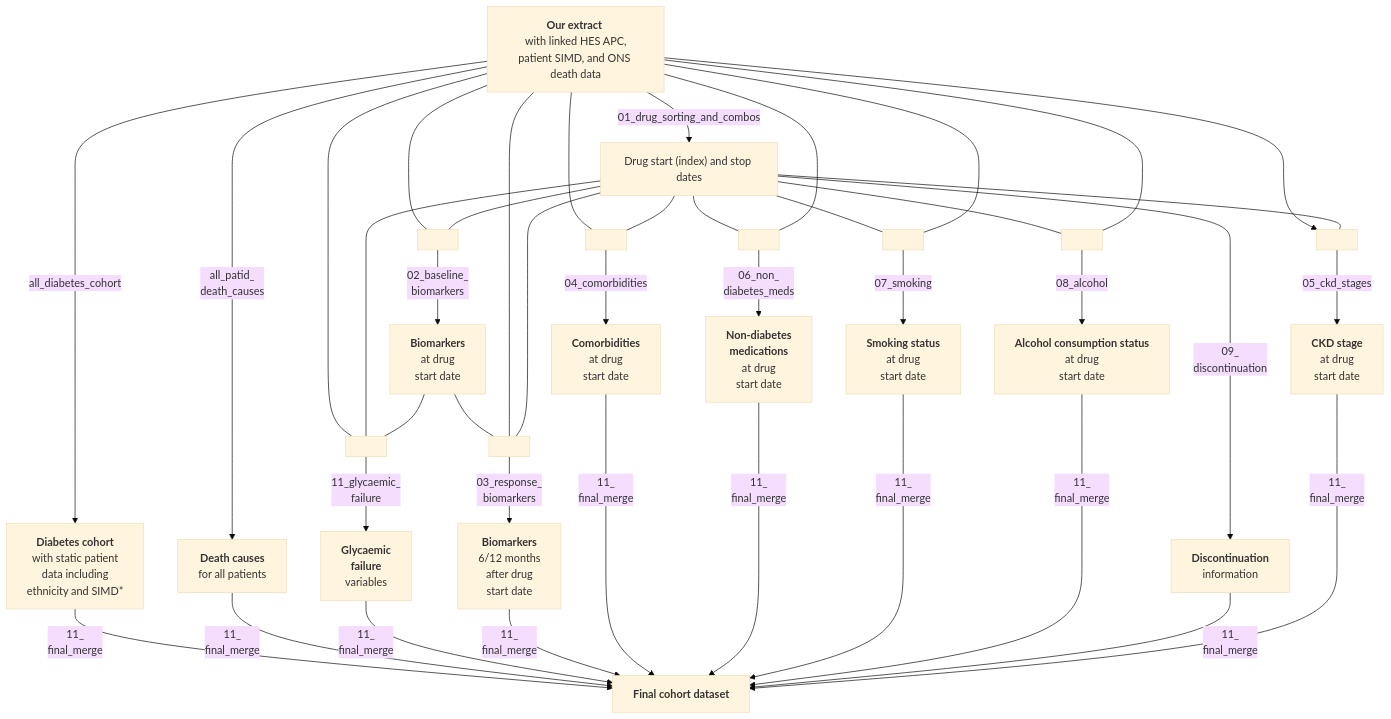
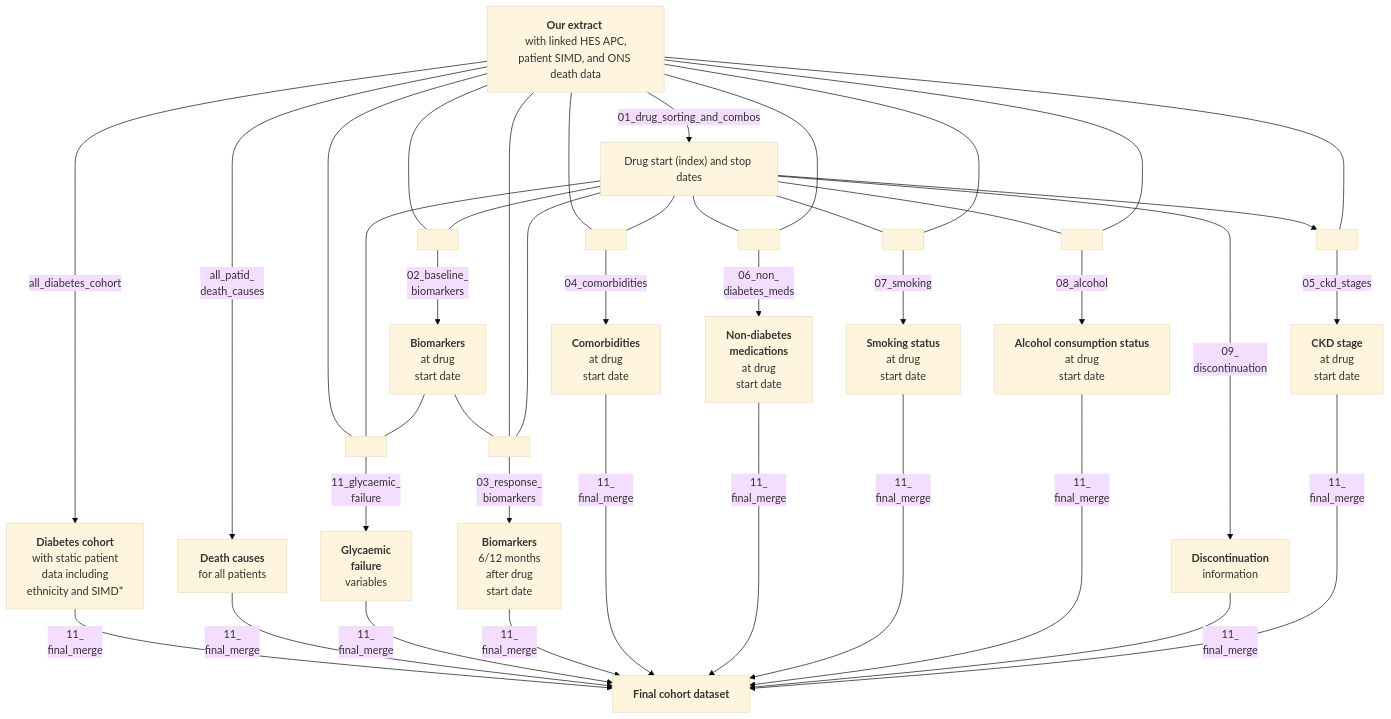
One commit to Exeter-Diabetes/SDRN-Cohort-Scripts changed the diagram in 03-Treatment-response-(MASTERMIND)/README.md. Above: the diagram before and after it, drawn with Mermaid (base theme). The commit also changed 29 other files, not shown here.

````diff
--- a/03-Treatment-response-(MASTERMIND)/README.md
+++ b/03-Treatment-response-(MASTERMIND)/README.md
@@ -21,53 +21,53 @@
 ```mermaid
 graph TD;
     A["<b>Our extract</b> <br> with linked HES APC, patient SIMD, and ONS death data"] --> |"all_diabetes_cohort"|B["<b>Diabetes cohort<br></b> with static patient <br>data including <br>ethnicity and SIMD*"]
     A-->|"all_patid_<br>death_causes"|O["<b>Death causes</b><br>for all patients"]
     A-->|"01_drug_sorting_and_combos"|H["Drug start (index) and stop dates"]
 
     A---P[ ]:::empty
     H---P
     E---P
     P-->|"11_glycaemic_<br>failure"|Q["<b>Glycaemic<br>failure</b><br>variables"]
 
     A---Y[ ]:::empty
     H---Y
     Y-->|"02_baseline_<br>biomarkers"|E["<b>Biomarkers</b> <br> at drug <br> start date"]
 
     E---T[ ]:::empty
     A---T
     H---T
     T-->|"03_response_<br>biomarkers"|L["<b>Biomarkers</b> <br> 6/12 months <br> after drug <br>start date"]
     
     A---W[ ]:::empty
     H---W
     W-->|"04_comorbidities"|F["<b>Comorbidities</b> <br> at drug <br> start date"]
     
     H---U[ ]:::empty
     A---U
     U-->|"06_non_<br>diabetes_meds"|M["<b>Non-diabetes <br>medications</b> <br> at drug <br> start date"]
     
     H---X[ ]:::empty
     A---X
     X-->|"07_smoking"|G["<b>Smoking status</b> <br> at drug <br> start date"]
     
     H-->|"09_<br>discontinuation"|V["<b>Discontinuation</b><br> information"]
 
     H---R[ ]:::empty
     A---R
     R-->|"08_alcohol"|D["<b>Alcohol consumption status</b> <br> at drug <br> start date"]
  
-    A-->Z[ ]:::empty
-    H---Z
+    H-->Z[ ]:::empty
+    A---Z
     Z-->|"05_ckd_stages"|I["<b>CKD stage </b> <br> at drug <br> start date"]
 
     B-->|"11_<br>final_merge"|J["<b>Final cohort dataset</b>"]
     O-->|"11_<br>final_merge"|J
     Q-->|"11_<br>final_merge"|J
     L-->|"11_<br>final_merge"|J
     F-->|"11_<br>final_merge"|J
     M-->|"11_<br>final_merge"|J  
     G-->|"11_<br>final_merge"|J
     D-->|"11_<br>final_merge"|J
     V-->|"11_<br>final_merge"|J
     I-->|"11_<br>final_merge"|J  
 ```
````
